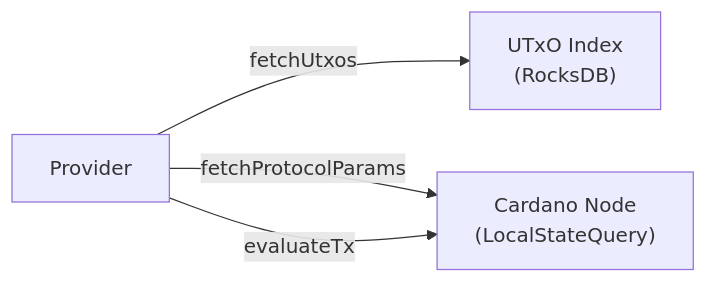
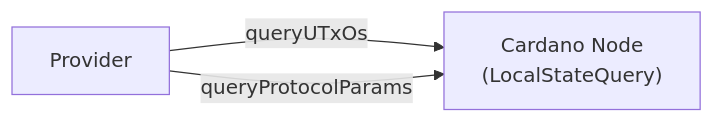
One commit to paolino/haskell-mpf changed the first of 2 diagrams in docs/architecture/singletons.md. Above: the diagram before and after it, drawn with Mermaid. The commit also changed other lines of this file and 6 other files, not shown here.

Commit message:
docs: update architecture docs to match current code state

````diff
--- a/docs/architecture/singletons.md
+++ b/docs/architecture/singletons.md
@@ -26,10 +31,8 @@
 ```mermaid
 graph LR
     PRV["Provider"]
-    DB["UTxO Index<br/>(RocksDB)"]
     NODE["Cardano Node<br/>(LocalStateQuery)"]
 
-    PRV -->|fetchUtxos| DB
-    PRV -->|fetchProtocolParams| NODE
-    PRV -->|evaluateTx| NODE
+    PRV -->|queryUTxOs| NODE
+    PRV -->|queryProtocolParams| NODE
 ```
````
